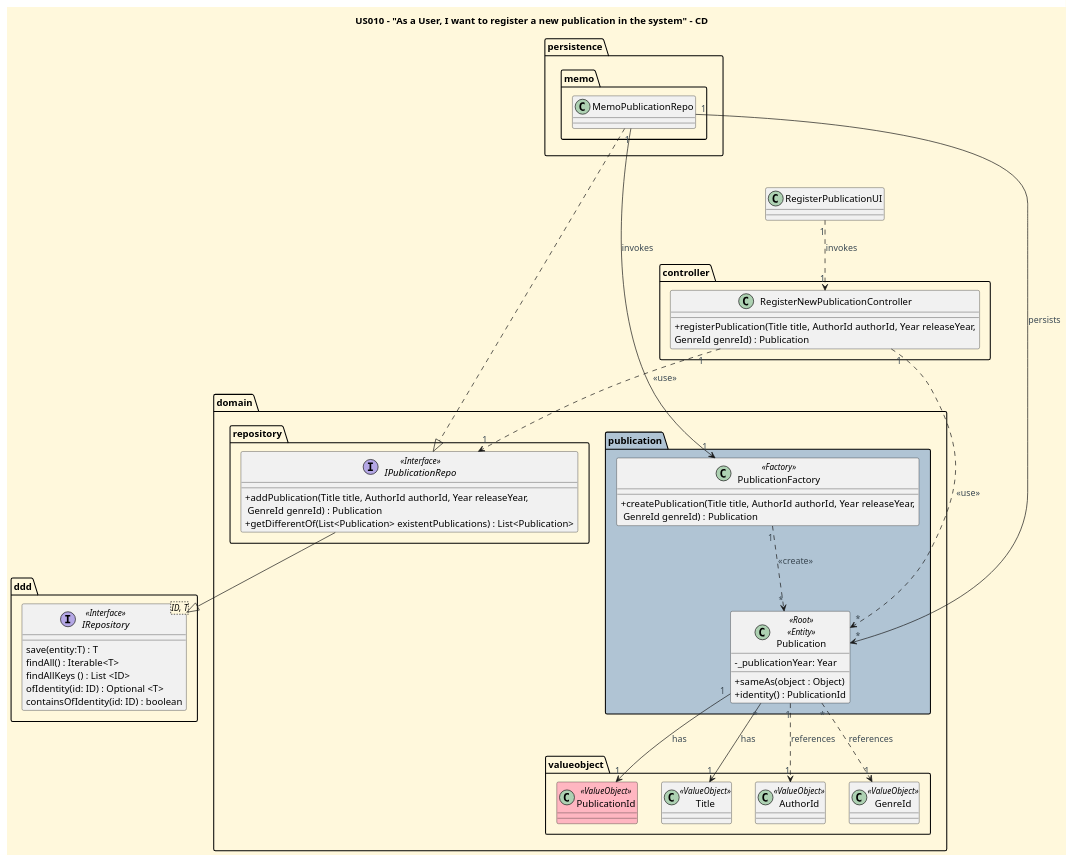
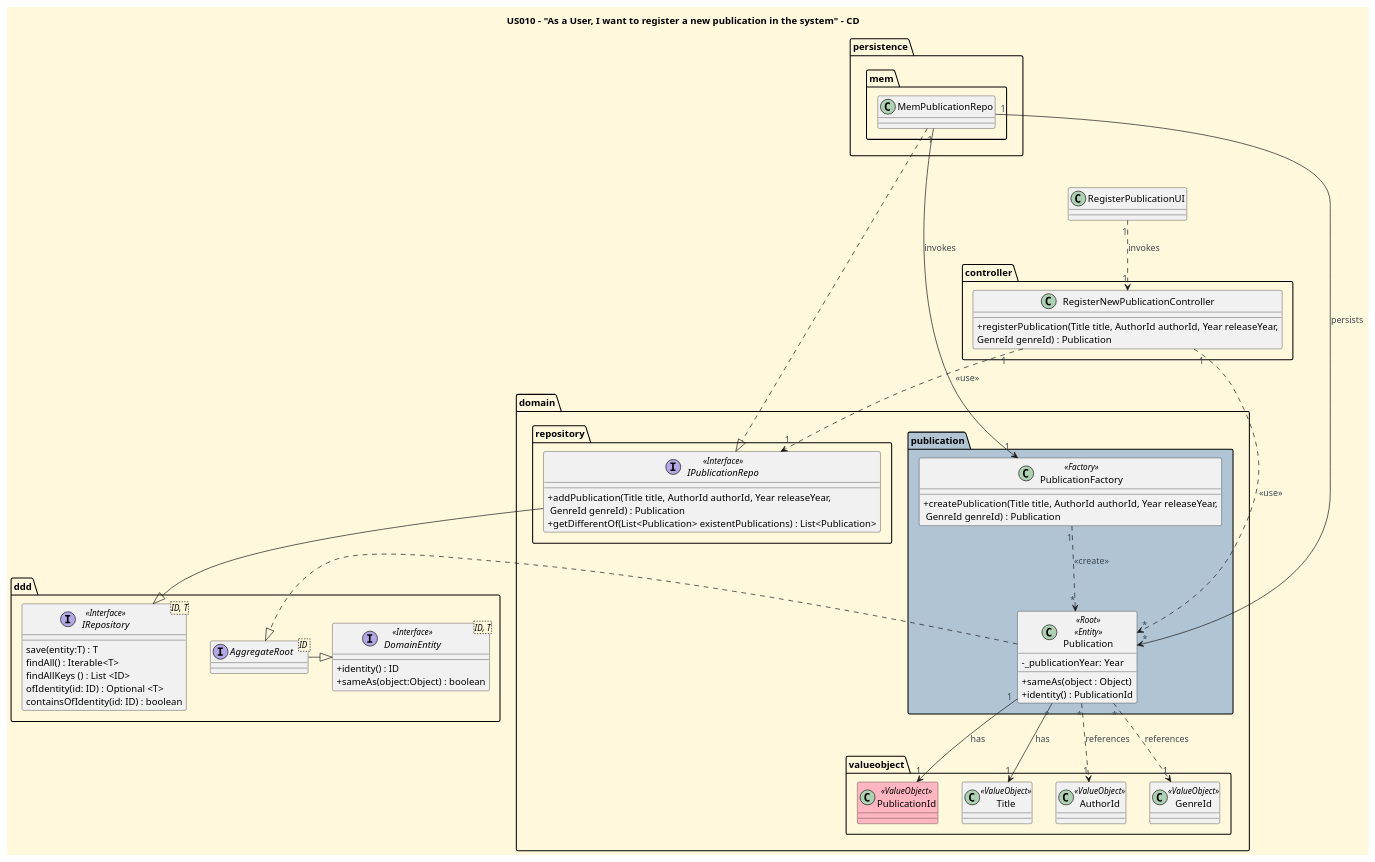
The diagram in docs/user-stories/US010/US010_register_new_publication_CD.puml (CarolinaLeite-collab/JavaMarketplacePlatform), drawn with PlantUML before and after one commit.

Commit message:
docs: add AggregateRoot and DomainEntity interfaces and fix relationships and cardinalities in RegisterPublication class diagram #552

```diff
--- a/docs/user-stories/US010/US010_register_new_publication_CD.puml
+++ b/docs/user-stories/US010/US010_register_new_publication_CD.puml
@@ -1,100 +1,109 @@
 @startuml
 'https://plantuml.com/class-diagram
 title US010 - "As a User, I want to register a new publication in the system" - CD
 
 '==== basic style ====
 skinparam monochrome false
 skinparam shadowing false
 skinparam defaultFontName Futura
 skinparam objectFontSize 20
 skinparam backgroundColor CornSilk
 skinparam objectBackgroundColor WhiteSmoke
 skinparam noteBackgroundColor #FFFFE0
 skinparam ArrowFontColor #3B4953
 skinparam ActivationBackgroundColor black
 skinparam classAttributeIconSize 0
 
 '==== classes ====
 class RegisterPublicationUI {}
 
 package "controller" {
 class RegisterNewPublicationController {
   + registerPublication(Title title, AuthorId authorId, Year releaseYear,\nGenreId genreId) : Publication
 }
 }
 
 package "domain"{
 
     package "valueobject"{
         class PublicationId <<ValueObject>> #lightpink {
         }
         class Title <<ValueObject>>{
         }
         class AuthorId <<ValueObject>>{
         }
         class GenreId <<ValueObject>>{
         }
     }
 
     package "repository" {
         interface IPublicationRepo <<Interface>> {
             + addPublication(Title title, AuthorId authorId, Year releaseYear,\n GenreId genreId) : Publication
             + getDifferentOf(List<Publication> existentPublications) : List<Publication>
          }
     }
 
     package "publication" #b0c4d4 {
 
         class Publication  <<Root>> <<Entity>> {
             - _publicationYear: Year
              +sameAs(object : Object)
              +identity() : PublicationId
         }
 
         class PublicationFactory <<Factory>> {
             + createPublication(Title title, AuthorId authorId, Year releaseYear,\n GenreId genreId) : Publication
         }
     }
 }
     package "persistence"  {
-       package "memo" {
-          class MemoPublicationRepo{
+       package "mem" {
+          class MemPublicationRepo{
           }
        }
     }
 
 
   package ddd {
 
        interface IRepository<ID, T> <<Interface>> {
           save(entity:T) : T
           findAll() : Iterable<T>
           findAllKeys () : List <ID>
           ofIdentity(id: ID) : Optional <T>
           containsOfIdentity(id: ID) : boolean
           }
 
+       interface AggregateRoot <ID >{
+                }
+        interface DomainEntity<ID, T> <<Interface>> {
+                       +identity() : ID
+                       +sameAs(object:Object) : boolean
+               }
+
   }
 
 '==== relations ====
 RegisterPublicationUI "1" ..> "1" RegisterNewPublicationController : invokes
 
 RegisterNewPublicationController "1" ..> "1" IPublicationRepo: <<use>>
 RegisterNewPublicationController "1" ..> "*" Publication : <<use>>
 
-MemoPublicationRepo .|> IPublicationRepo
-MemoPublicationRepo "1" ---> "1" PublicationFactory : invokes
-MemoPublicationRepo "1" -----> "*" Publication : persists
+MemPublicationRepo .|> IPublicationRepo
+MemPublicationRepo "1" ---> "1" PublicationFactory : invokes
+MemPublicationRepo "1" -----> "*" Publication : persists
 
 PublicationFactory "1" ..> "*" Publication : <<create>>
 
 
 Publication "1" --> "1" PublicationId: has
-Publication "1" ..> "1" AuthorId : references
+Publication "*" ..> "1" AuthorId : references
 Publication "*" --> "1" Title : has
 Publication "*" ..> "1" GenreId : references
 
 IPublicationRepo --|> IRepository
 
+AggregateRoot -|> DomainEntity
+Publication .|> AggregateRoot
 
 @enduml
```
